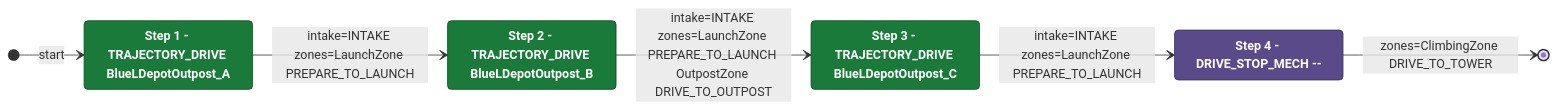
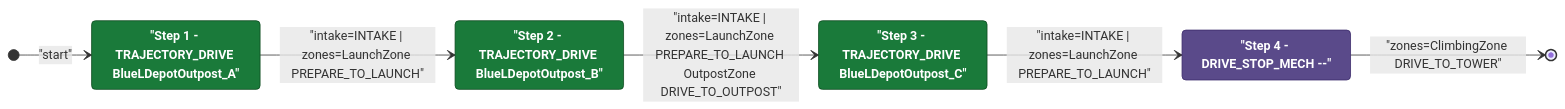
The diagram in documents/auton/BlueTDepLaunch0DepOutScoreClimb.md (Team302/2026Rebuilt), drawn with Mermaid before and after one commit. The commit also changed 242 other files, not shown here.

Commit message:
Regenerated diagrams with fixed red

````diff
--- a/documents/auton/BlueTDepLaunch0DepOutScoreClimb.md
+++ b/documents/auton/BlueTDepLaunch0DepOutScoreClimb.md
@@ -8,24 +8,24 @@
 ```mermaid
 stateDiagram-v2
     direction LR
 
     %% Green = intake active, Purple = intake off
     classDef intake  fill:#1a7a3a,color:#ffffff,stroke:#0d4a1f,font-weight:bold
     classDef noIntake fill:#5a4a8a,color:#ffffff,stroke:#3a2a6a,font-weight:bold
 
-    Step1 : Step 1 - TRAJECTORY_DRIVE BlueLDepotOutpost_A
-    Step2 : Step 2 - TRAJECTORY_DRIVE BlueLDepotOutpost_B
-    Step3 : Step 3 - TRAJECTORY_DRIVE BlueLDepotOutpost_C
-    Step4 : Step 4 - DRIVE_STOP_MECH --
+    Step1 : "Step 1 - TRAJECTORY_DRIVE BlueLDepotOutpost_A"
+    Step2 : "Step 2 - TRAJECTORY_DRIVE BlueLDepotOutpost_B"
+    Step3 : "Step 3 - TRAJECTORY_DRIVE BlueLDepotOutpost_C"
+    Step4 : "Step 4 - DRIVE_STOP_MECH --"
 
     class Step1 intake
     class Step2 intake
     class Step3 intake
     class Step4 noIntake
 
-    [*] --> Step1 : start
-    Step1 --> Step2: intake=INTAKE zones=LaunchZone PREPARE_TO_LAUNCH
-    Step2 --> Step3: intake=INTAKE zones=LaunchZone PREPARE_TO_LAUNCH OutpostZone DRIVE_TO_OUTPOST
-    Step3 --> Step4: intake=INTAKE zones=LaunchZone PREPARE_TO_LAUNCH
-    Step4 --> [*]: zones=ClimbingZone DRIVE_TO_TOWER
+    [*] --> Step1 : "start"
+    Step1 --> Step2: "intake=INTAKE | zones=LaunchZone PREPARE_TO_LAUNCH"
+    Step2 --> Step3: "intake=INTAKE | zones=LaunchZone PREPARE_TO_LAUNCH OutpostZone DRIVE_TO_OUTPOST"
+    Step3 --> Step4: "intake=INTAKE | zones=LaunchZone PREPARE_TO_LAUNCH"
+    Step4 --> [*]: "zones=ClimbingZone DRIVE_TO_TOWER"
 ```
````
